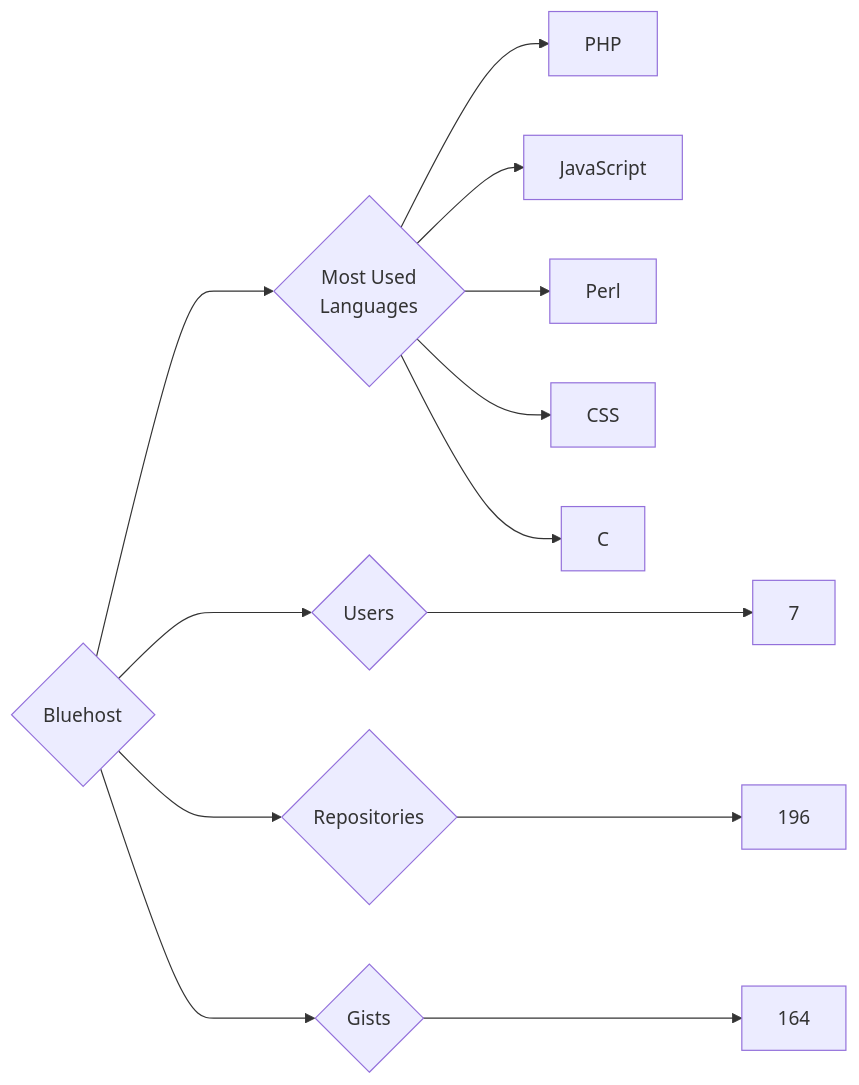
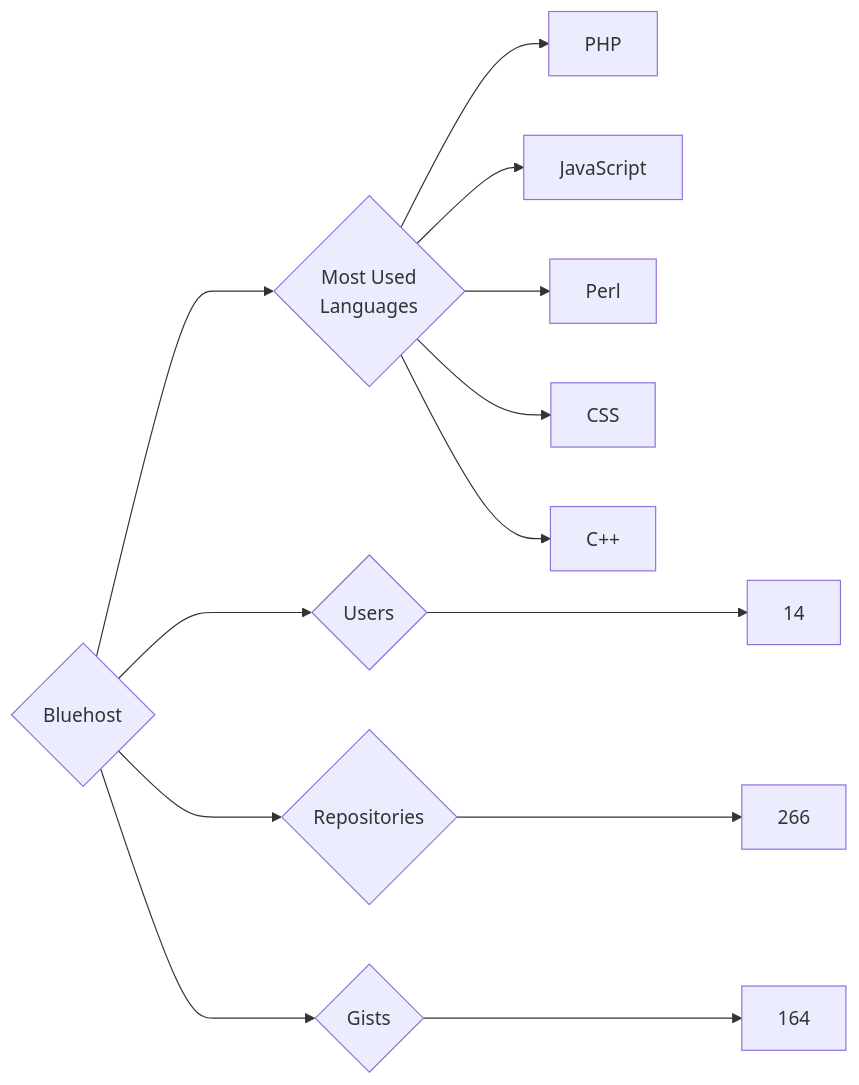
One commit to trickest/insiders changed the diagram in targets/Bluehost/README.md. Above: the diagram before and after it, drawn with Mermaid. The commit also changed 899 other files, not shown here.

````diff
--- a/targets/Bluehost/README.md
+++ b/targets/Bluehost/README.md
@@ -3,13 +3,13 @@
 ```mermaid
 graph LR
 COMPANY_NAME{Bluehost}
-COMPANY_NAME ---> U{Users} ---> UN[7]
-COMPANY_NAME ---> R{Repositories} ---> RN[196]
+COMPANY_NAME ---> U{Users} ---> UN[14]
+COMPANY_NAME ---> R{Repositories} ---> RN[266]
 COMPANY_NAME ---> G{Gists} ---> GN[164]
 COMPANY_NAME ---> ML{Most Used<br>Languages}
 ML --> PHP[PHP]
 ML --> JavaScript[JavaScript]
 ML --> Perl[Perl]
 ML --> CSS[CSS]
-ML --> C[C]
+ML --> C++[C++]
 ```
````
